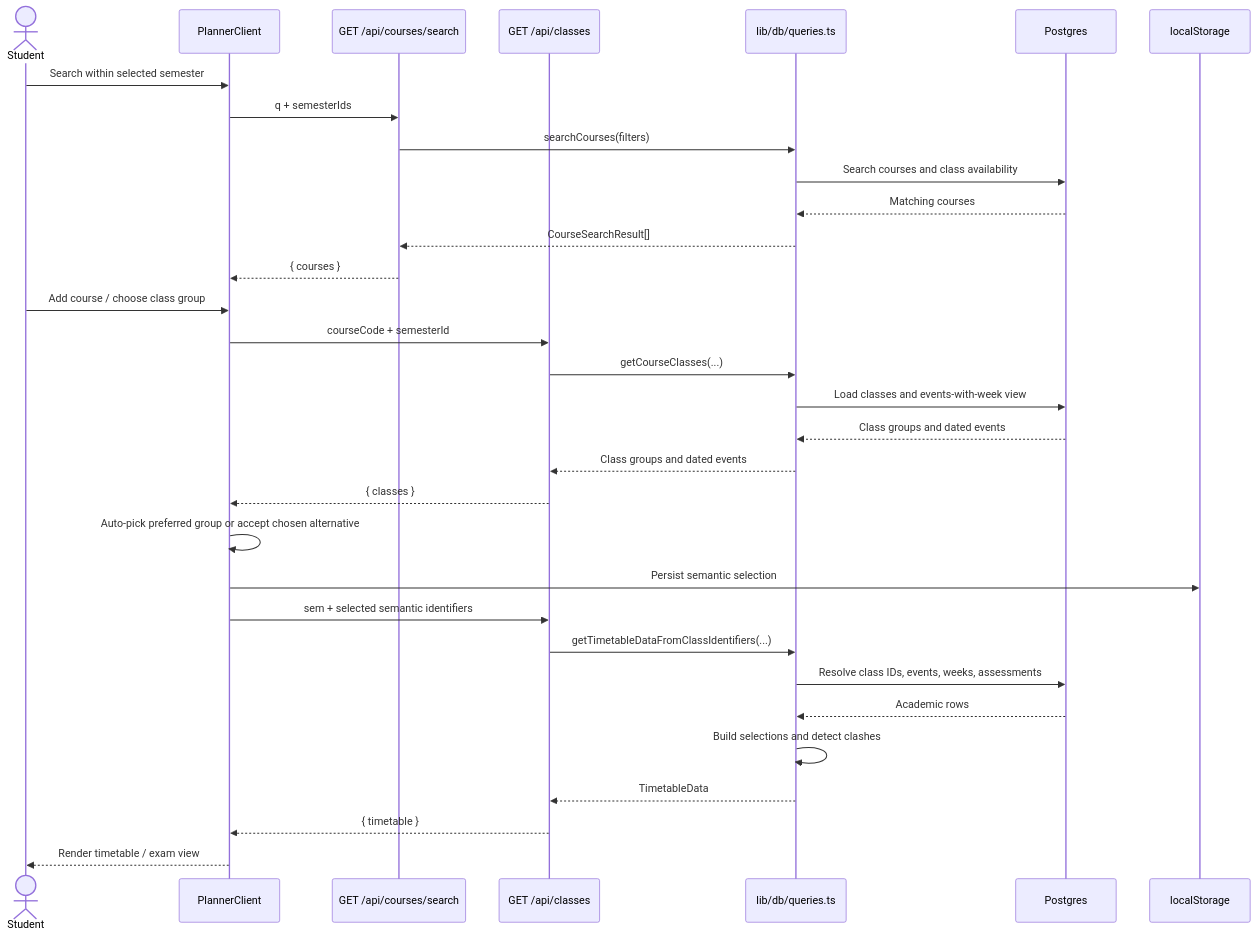
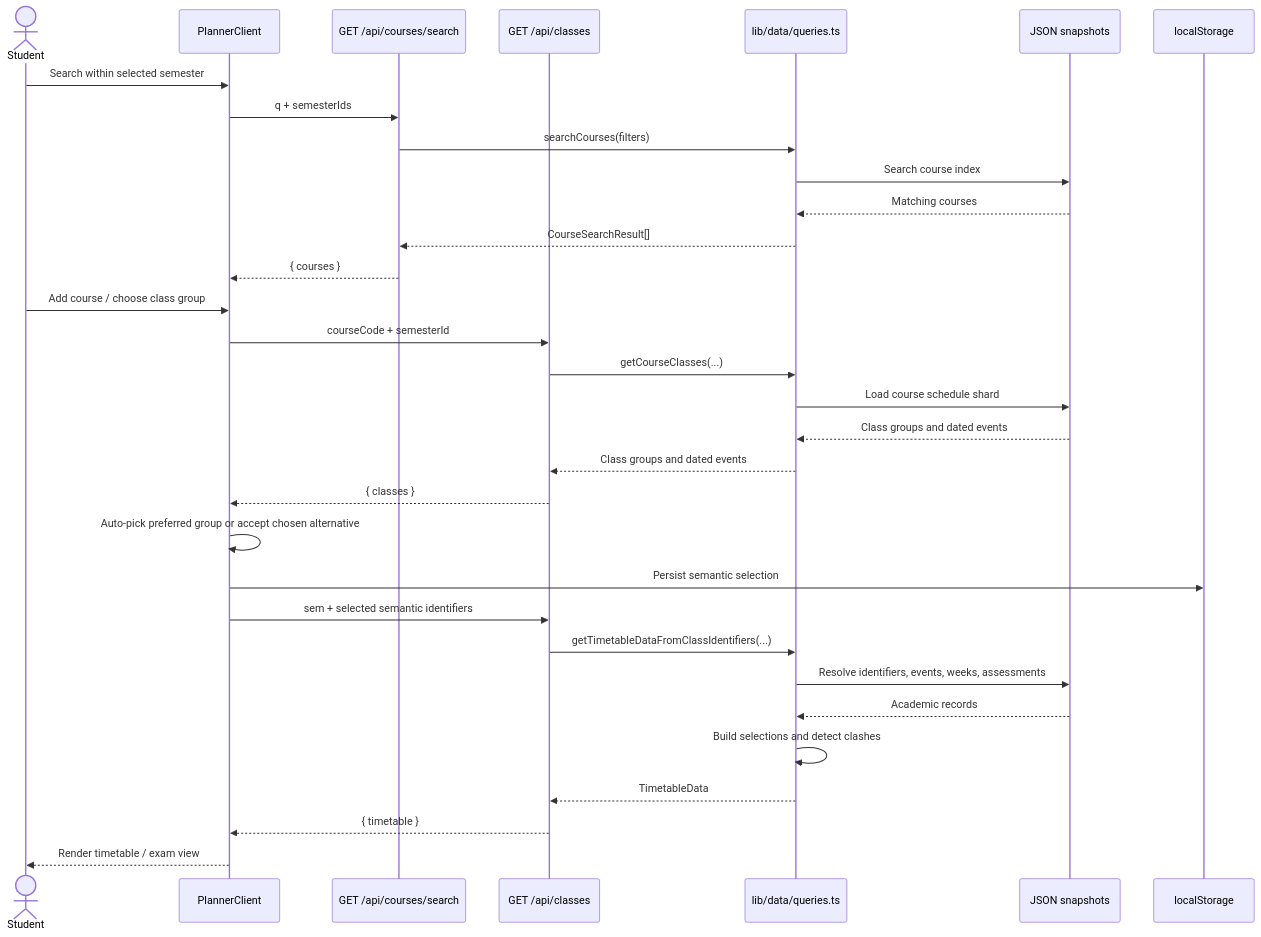
One commit to lester-td/SUSSplanner changed diagram 15 of 18 in docs/DeveloperGuide.md. Above: the diagram before and after it, drawn with Mermaid. The commit also changed other lines of this file and 4 other files, not shown here.

````diff
--- a/docs/DeveloperGuide.md
+++ b/docs/DeveloperGuide.md
@@ -1276,37 +1283,37 @@
 ```mermaid
 sequenceDiagram
     actor Student
     participant UI as PlannerClient
     participant Search as GET /api/courses/search
     participant Classes as GET /api/classes
-    participant Queries as lib/db/queries.ts
-    participant DB as Postgres
+    participant Queries as lib/data/queries.ts
+    participant Snapshot as JSON snapshots
     participant Storage as localStorage
 
     Student->>UI: Search within selected semester
     UI->>Search: q + semesterIds
     Search->>Queries: searchCourses(filters)
-    Queries->>DB: Search courses and class availability
-    DB-->>Queries: Matching courses
+    Queries->>Snapshot: Search course index
+    Snapshot-->>Queries: Matching courses
     Queries-->>Search: CourseSearchResult[]
     Search-->>UI: { courses }
 
     Student->>UI: Add course / choose class group
     UI->>Classes: courseCode + semesterId
     Classes->>Queries: getCourseClasses(...)
-    Queries->>DB: Load classes and events-with-week view
-    DB-->>Queries: Class groups and dated events
+    Queries->>Snapshot: Load course schedule shard
+    Snapshot-->>Queries: Class groups and dated events
     Queries-->>Classes: Class groups and dated events
     Classes-->>UI: { classes }
     UI->>UI: Auto-pick preferred group or accept chosen alternative
     UI->>Storage: Persist semantic selection
 
     UI->>Classes: sem + selected semantic identifiers
     Classes->>Queries: getTimetableDataFromClassIdentifiers(...)
-    Queries->>DB: Resolve class IDs, events, weeks, assessments
-    DB-->>Queries: Academic rows
+    Queries->>Snapshot: Resolve identifiers, events, weeks, assessments
+    Snapshot-->>Queries: Academic records
     Queries->>Queries: Build selections and detect clashes
     Queries-->>Classes: TimetableData
     Classes-->>UI: { timetable }
     UI-->>Student: Render timetable / exam view
 ```
````
